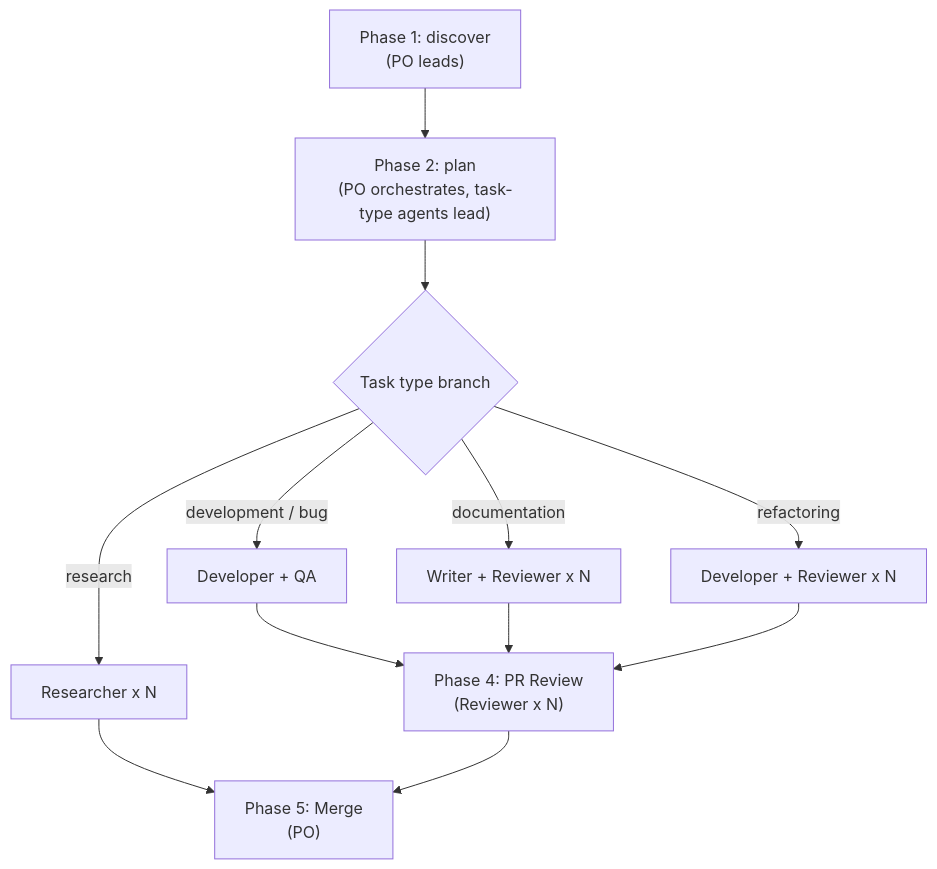
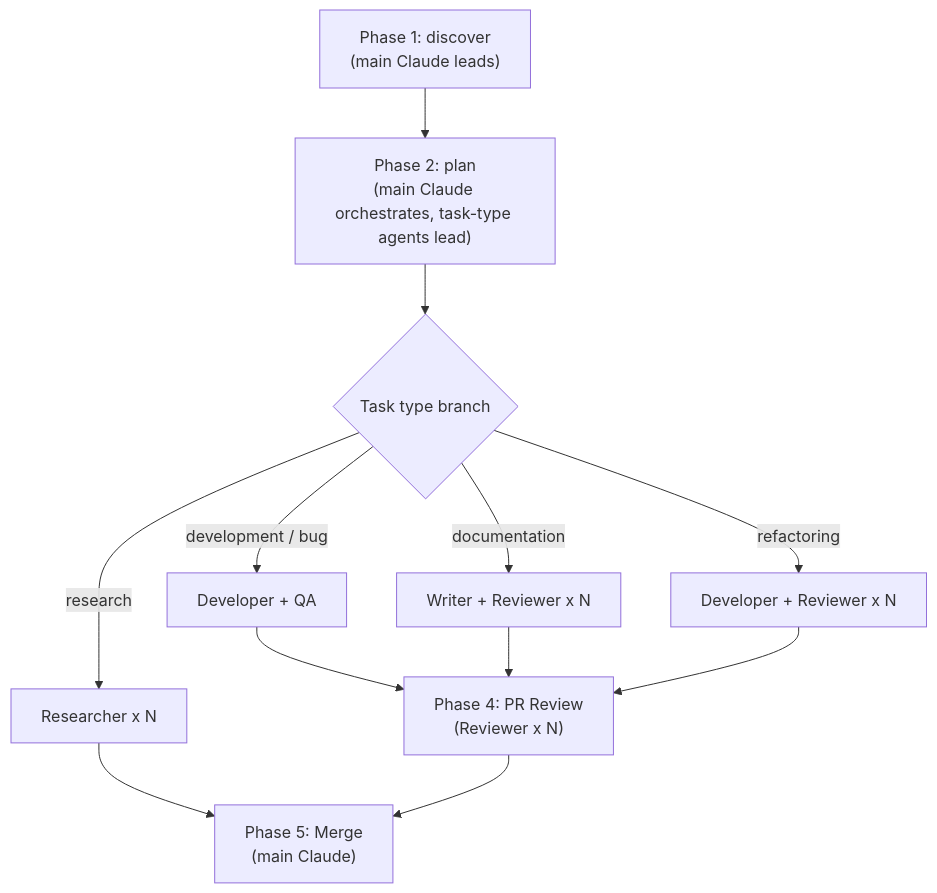
The second of 2 diagrams in README.md (o3-ozono/atdd-kit), drawn with Mermaid before and after one commit. The commit also changed other lines of this file and 17 other files, not shown here.

First line of the commit message:
refactor: remove po.md — main Claude directly fulfills PO role (#45) (#62)

````diff
--- a/README.md
+++ b/README.md
@@ -121,14 +121,14 @@
 ```mermaid
 flowchart TD
-  P1["Phase 1: discover\n(PO leads)"] --> P2["Phase 2: plan\n(PO orchestrates, task-type agents lead)"]
+  P1["Phase 1: discover\n(main Claude leads)"] --> P2["Phase 2: plan\n(main Claude orchestrates, task-type agents lead)"]
   P2 --> P3{"Task type branch"}
   P3 -->|development / bug| P3a["Developer + QA"]
   P3 -->|research| P3b["Researcher x N"]
   P3 -->|documentation| P3c["Writer + Reviewer x N"]
   P3 -->|refactoring| P3d["Developer + Reviewer x N"]
   P3a --> P4["Phase 4: PR Review\n(Reviewer x N)"]
-  P3b --> P5["Phase 5: Merge\n(PO)"]
+  P3b --> P5["Phase 5: Merge\n(main Claude)"]
   P3c --> P4
   P3d --> P4
   P4 --> P5
 ```
````
